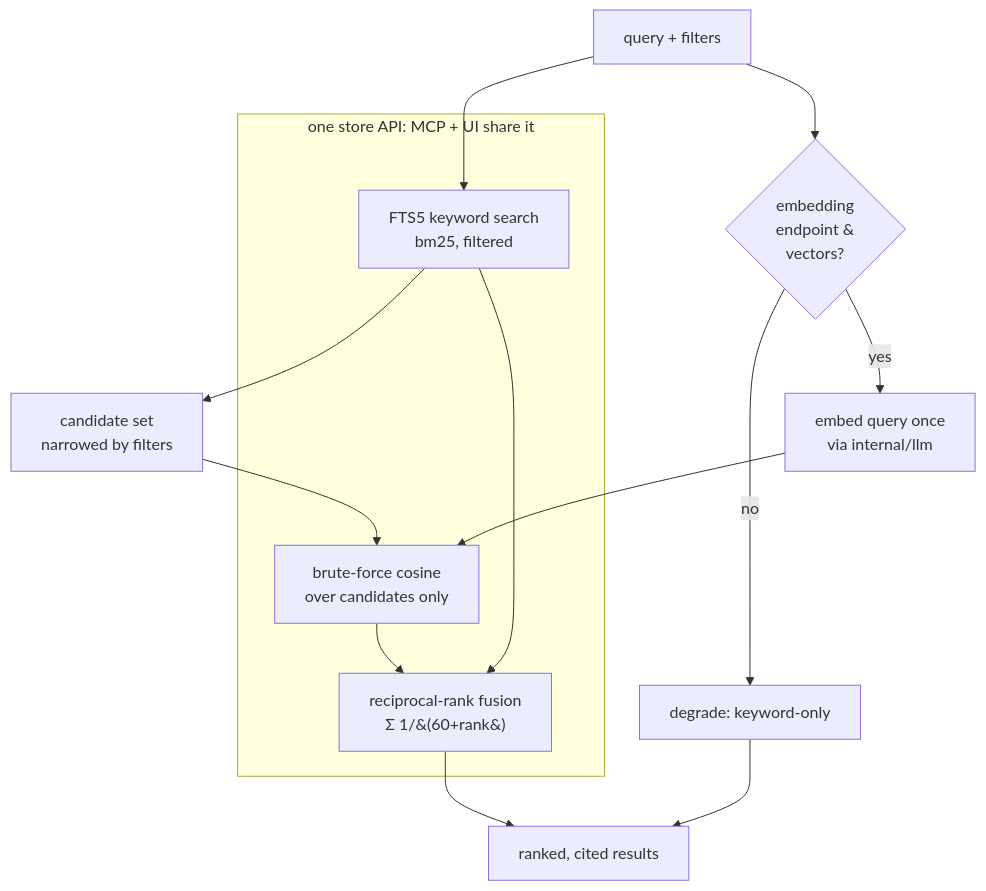
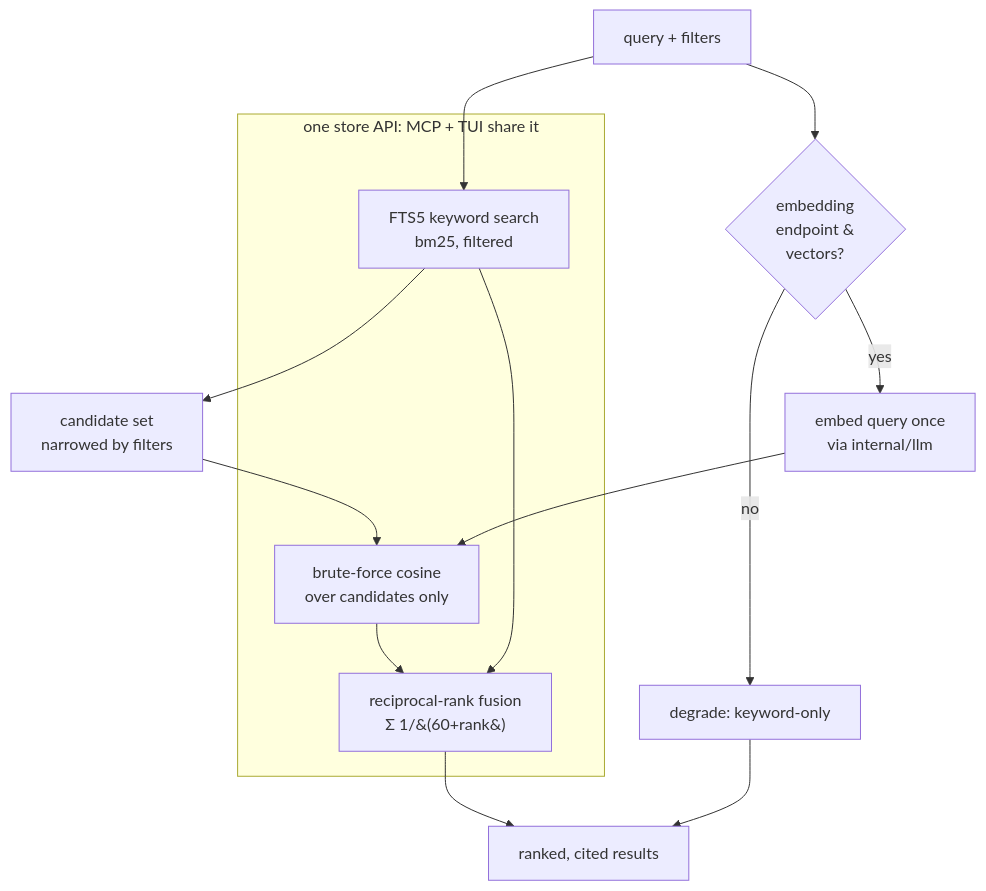
One commit to joestump/reduit changed the first of 2 diagrams in docs/openspec/specs/embeddings-and-search/design.md. Above: the diagram before and after it, drawn with Mermaid. The commit also changed other lines of this file and 47 other files, not shown here.

Commit message:
chore: hard reset architecture artifacts for the TUI pivot (#171)

````diff
--- a/docs/openspec/specs/embeddings-and-search/design.md
+++ b/docs/openspec/specs/embeddings-and-search/design.md
@@ -21,20 +21,20 @@
 ```mermaid
 flowchart TD
     Q[query + filters] --> KW[FTS5 keyword search<br/>bm25, filtered]
     Q --> EMB{embedding<br/>endpoint &<br/>vectors?}
     EMB -- no --> KWONLY[degrade: keyword-only]
     EMB -- yes --> QV[embed query once<br/>via internal/llm]
     KW --> CAND[candidate set<br/>narrowed by filters]
     QV --> COS[brute-force cosine<br/>over candidates only]
     CAND --> COS
     KW --> RRF[reciprocal-rank fusion<br/>Σ 1/&#40;60+rank&#41;]
     COS --> RRF
     KWONLY --> OUT[ranked, cited results]
     RRF --> OUT
 
-    subgraph store [one store API: MCP + UI share it]
+    subgraph store [one store API: MCP + TUI share it]
         KW
         COS
         RRF
     end
 ```
````
